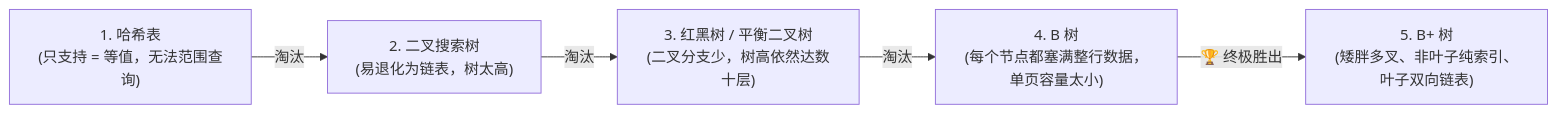
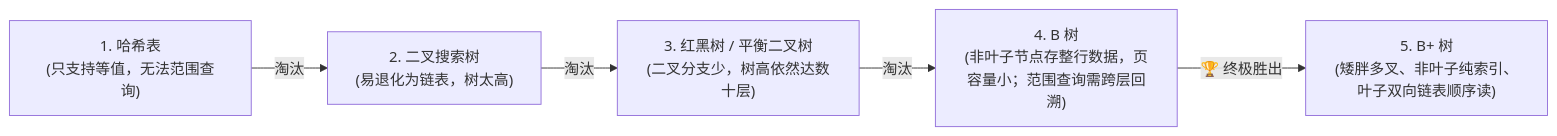
Before and after one commit to GuoWWWX/knowledge-base: the second of 6 diagrams in 20-Java后端/05-数据库与存储/01-MySQL索引原理-B+树.md, drawn with Mermaid. The commit also changed other lines of this file and 2 other files, not shown here.

````diff
--- a/20-Java后端/05-数据库与存储/01-MySQL索引原理-B+树.md
+++ b/20-Java后端/05-数据库与存储/01-MySQL索引原理-B+树.md
@@ -48,7 +48,7 @@
 ```mermaid
 flowchart LR
-    Hash["1. 哈希表<br/>(只支持 = 等值，无法范围查询)"] -->|淘汰| BST["2. 二叉搜索树<br/>(易退化为链表，树太高)"]
+    Hash["1. 哈希表<br/>(只支持等值，无法范围查询)"] -->|淘汰| BST["2. 二叉搜索树<br/>(易退化为链表，树太高)"]
     BST -->|淘汰| AVL["3. 红黑树 / 平衡二叉树<br/>(二叉分支少，树高依然达数十层)"]
-    AVL -->|淘汰| BTree["4. B 树<br/>(每个节点都塞满整行数据，单页容量太小)"]
-    BTree -->|🏆 终极胜出| BPlus["5. B+ 树<br/>(矮胖多叉、非叶子纯索引、叶子双向链表)"]
+    AVL -->|淘汰| BTree["4. B 树<br/>(非叶子节点存整行数据，页容量小；范围查询需跨层回溯)"]
+    BTree -->|🏆 终极胜出| BPlus["5. B+ 树<br/>(矮胖多叉、非叶子纯索引、叶子双向链表顺序读)"]
 ```
````
